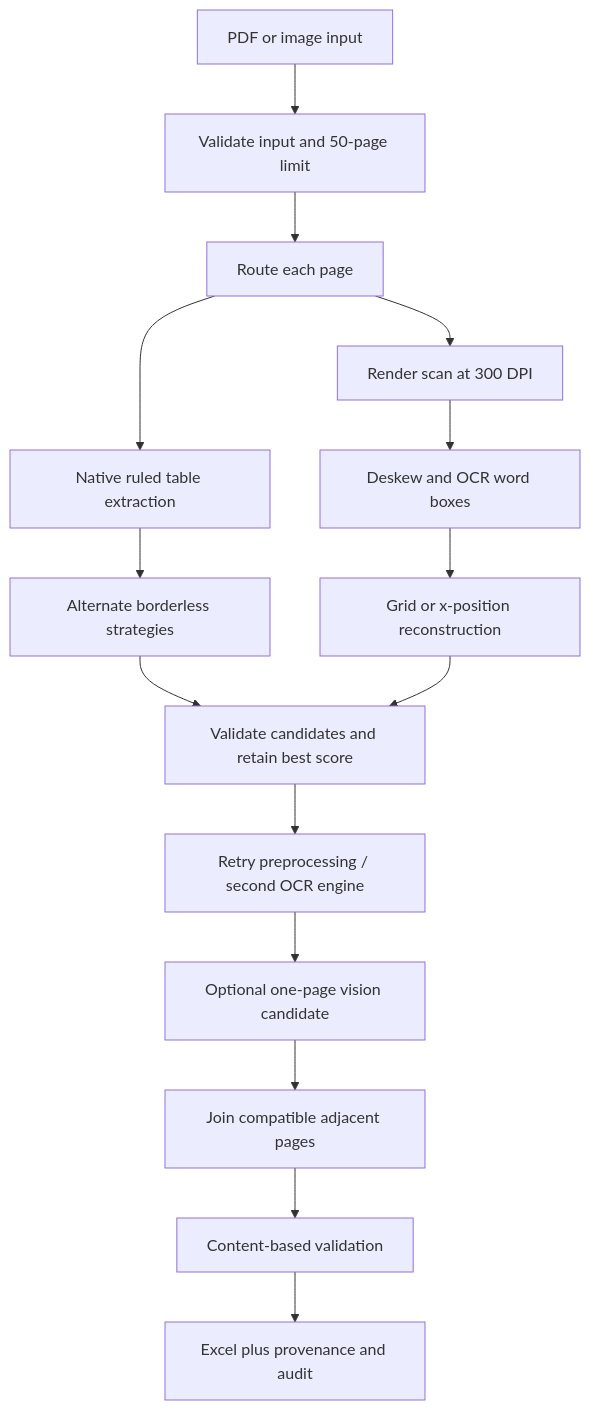
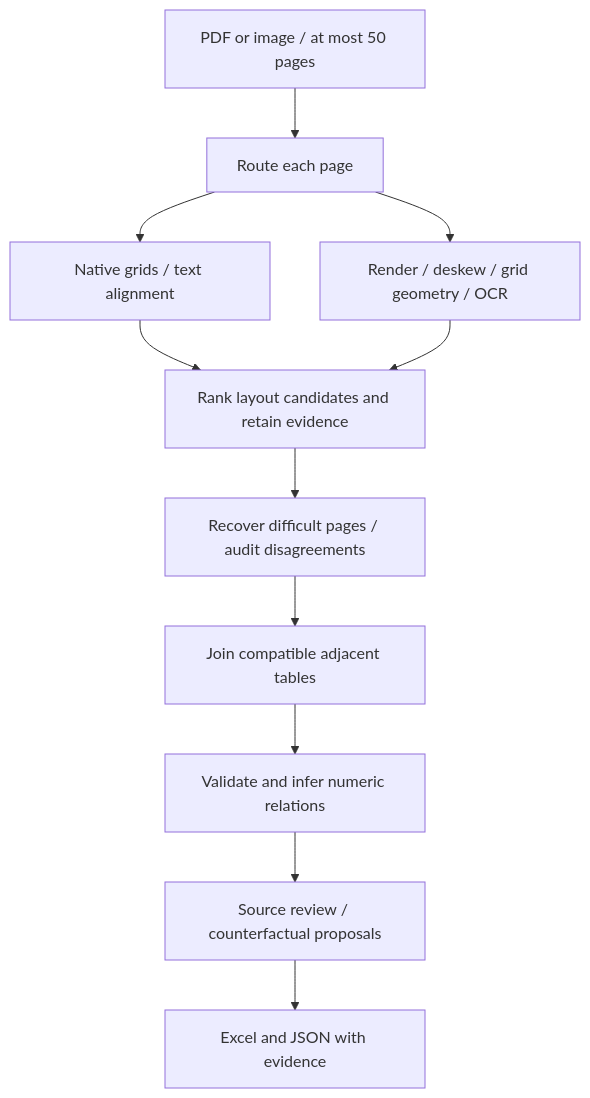
Before and after one commit to Pranay207/Truecell: the diagram in README.md, drawn with Mermaid. The commit also changed other lines of this file and 57 other files, not shown here.

Commit message:
Build Truecell Studio with source evidence and reviewable numeric diagnosis

````diff
--- a/README.md
+++ b/README.md
@@ -40,17 +73,13 @@
 ```mermaid
 flowchart TD
-    A[PDF or image input] --> B[Validate input and 50-page limit]
-    B --> C[Route each page]
-    C --> D[Native ruled table extraction]
-    C --> E[Render scan at 300 DPI]
-    D --> F[Alternate borderless strategies]
-    E --> G[Deskew and OCR word boxes]
-    G --> H[Grid or x-position reconstruction]
-    F --> I[Validate candidates and retain best score]
-    H --> I
-    I --> J[Retry preprocessing / second OCR engine]
-    J --> K[Optional one-page vision candidate]
-    K --> L[Join compatible adjacent pages]
-    L --> M[Content-based validation]
-    M --> N[Excel plus provenance and audit]
+    A[PDF or image / at most 50 pages] --> B[Route each page]
+    B --> C[Native grids / text alignment]
+    B --> D[Render / deskew / grid geometry / OCR]
+    C --> E[Rank layout candidates and retain evidence]
+    D --> E
+    E --> F[Recover difficult pages / audit disagreements]
+    F --> G[Join compatible adjacent tables]
+    G --> H[Validate and infer numeric relations]
+    H --> I[Source review / counterfactual proposals]
+    I --> J[Excel and JSON with evidence]
 ```
````
